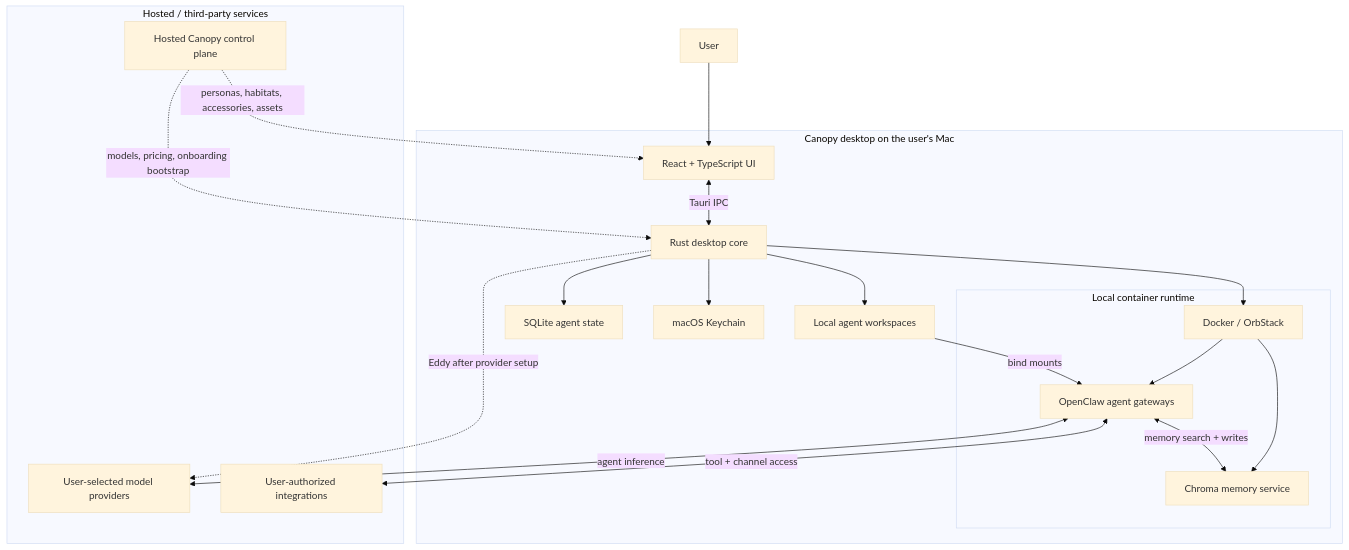
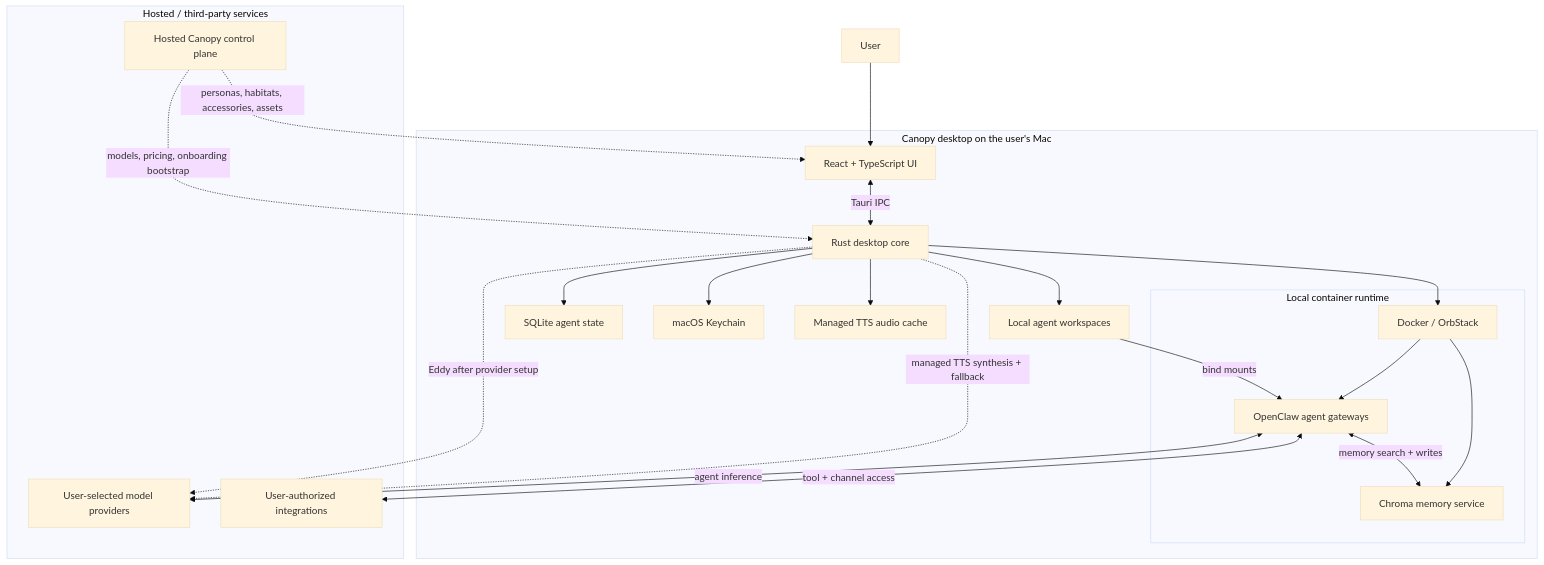
One commit to ScottieR/canopy changed the diagram in README.md. Above: the diagram before and after it, drawn with Mermaid (base theme). The commit also changed other lines of this file and 58 other files, not shown here.

````diff
--- a/README.md
+++ b/README.md
@@ -41,39 +41,42 @@
 ```mermaid
 flowchart TD
     User["User"] --> UI
 
     subgraph Mac["Canopy desktop on the user's Mac"]
         UI["React + TypeScript UI"]
         Core["Rust desktop core"]
         DB["SQLite agent state"]
         Keychain["macOS Keychain"]
+        VoiceCache["Managed TTS audio cache"]
         Workspaces["Local agent workspaces"]
 
         subgraph LocalRuntime["Local container runtime"]
             Docker["Docker / OrbStack"]
             Gateway["OpenClaw agent gateways"]
             Memory["Chroma memory service"]
         end
     end
 
     subgraph Cloud["Hosted / third-party services"]
         Admin["Hosted Canopy control plane"]
         Providers["User-selected model providers"]
         Integrations["User-authorized integrations"]
     end
 
     UI <-->|"Tauri IPC"| Core
     Core --> DB
     Core --> Keychain
+    Core --> VoiceCache
     Core --> Workspaces
     Core --> Docker
     Docker --> Gateway
     Docker --> Memory
     Workspaces -->|"bind mounts"| Gateway
     Gateway <-->|"memory search + writes"| Memory
     Gateway <-->|"agent inference"| Providers
     Gateway <-->|"tool + channel access"| Integrations
+    Core -. "managed TTS synthesis + fallback" .-> Providers
     Admin -. "personas, habitats, accessories, assets" .-> UI
     Admin -. "models, pricing, onboarding bootstrap" .-> Core
     Core -. "Eddy after provider setup" .-> Providers
 ```
````
